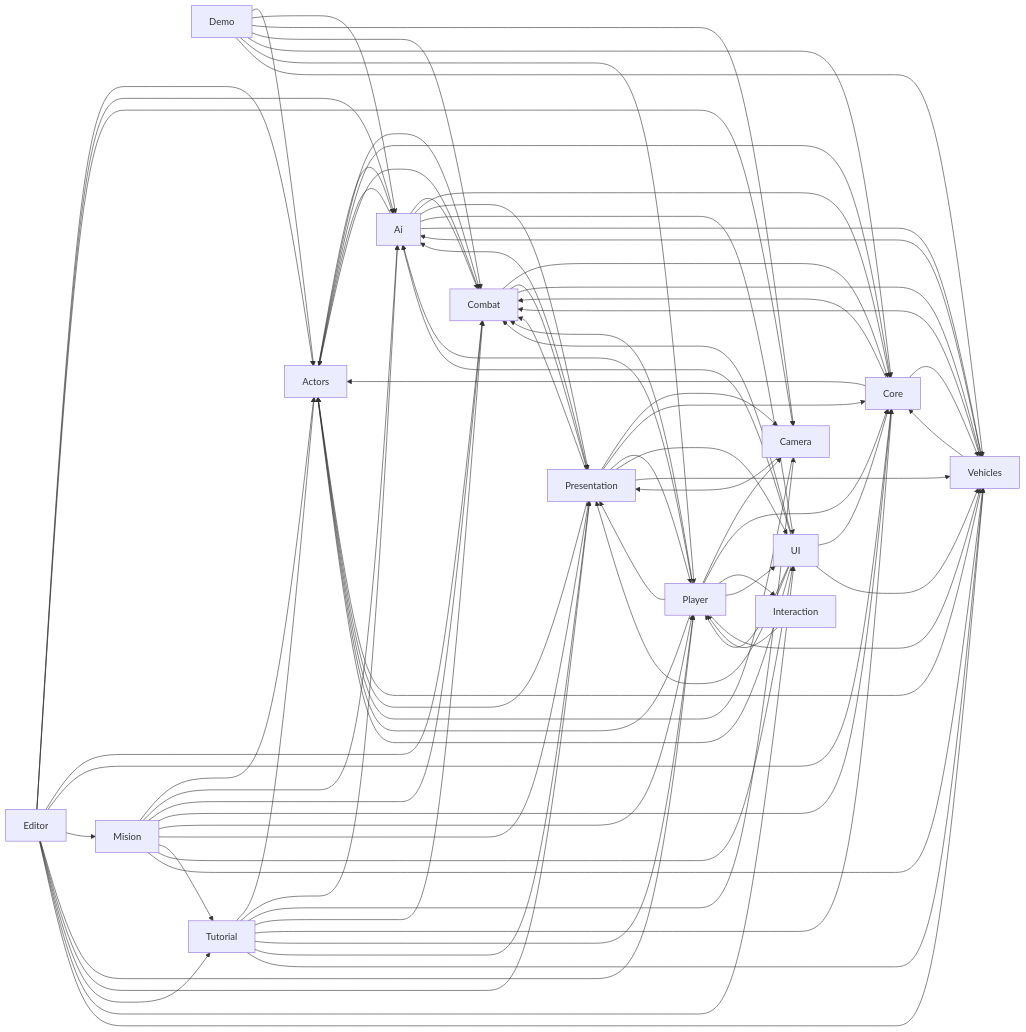
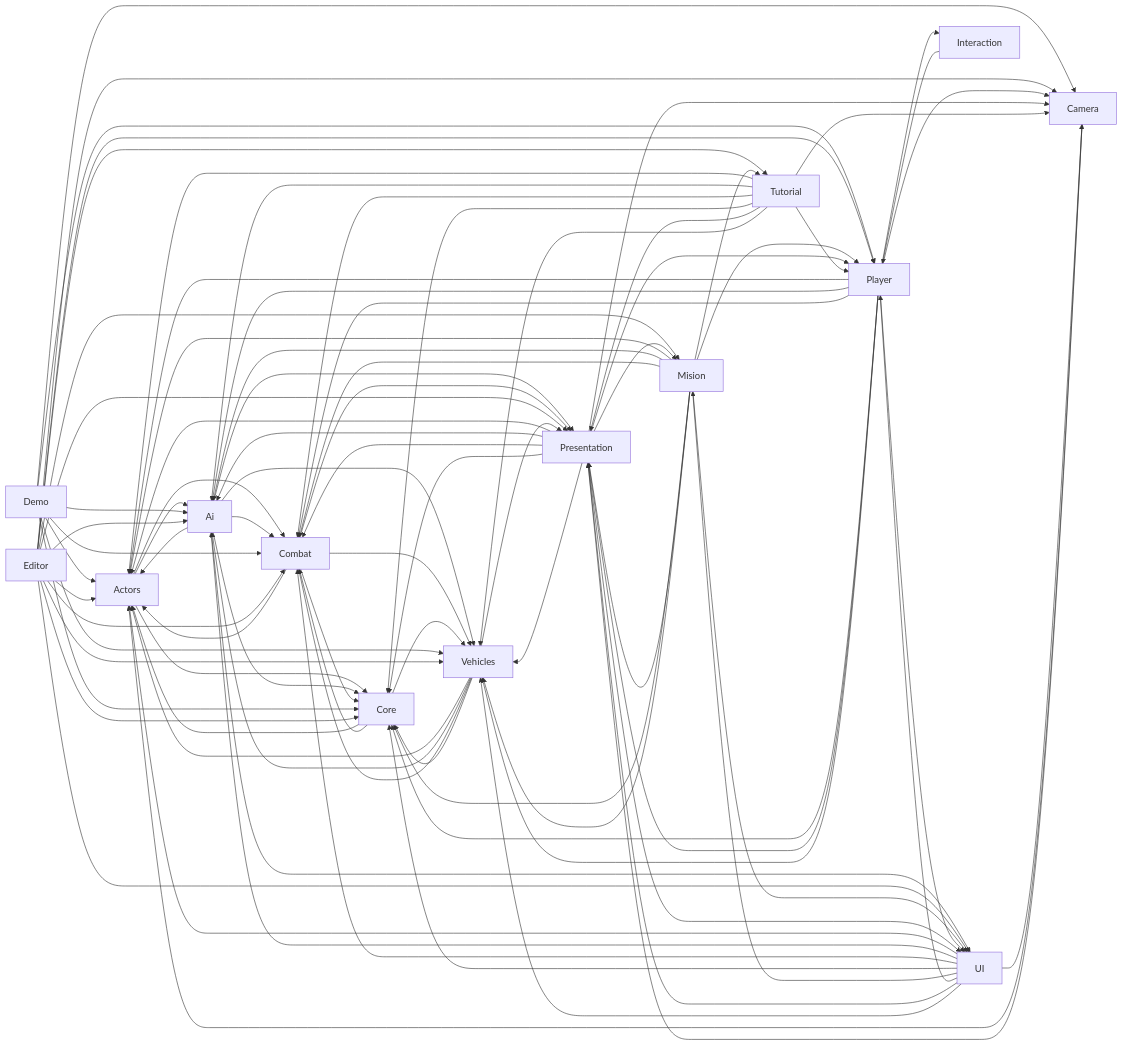
Before and after one commit to Joaquin-Inofuentes/StrategicPoint: the diagram in Docs/INDICE_IA/03_dependencias.md, drawn with Mermaid. The commit also changed other lines of this file and 10 other files, not shown here.

````diff
--- a/Docs/INDICE_IA/03_dependencias.md
+++ b/Docs/INDICE_IA/03_dependencias.md
@@ -65,6 +65,7 @@
     Presentation --> Camera
     Presentation --> Combat
     Presentation --> Core
+    Presentation --> Mision
     Presentation --> Player
     Presentation --> UI
     Presentation --> Vehicles
@@ -78,8 +79,10 @@
     Tutorial --> Vehicles
     UI --> Actors
     UI --> Ai
+    UI --> Camera
     UI --> Combat
     UI --> Core
+    UI --> Mision
     UI --> Player
     UI --> Presentation
     UI --> Vehicles
@@ -87,4 +90,5 @@
     Vehicles --> Ai
     Vehicles --> Combat
     Vehicles --> Core
+    Vehicles --> Presentation
 ```
````
